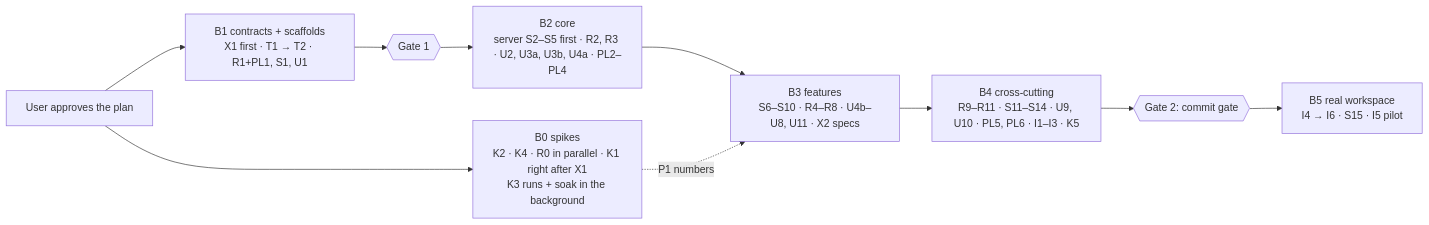
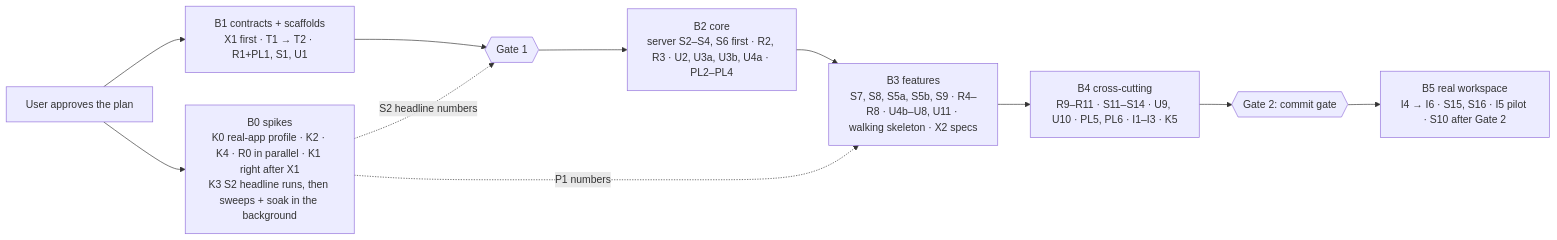
Before and after one commit to akhilshastri/session-replay: the second of 2 diagrams in plan/01-session-replay.md, drawn with Mermaid. The commit also changed other lines of this file and 11 other files, not shown here.

````diff
--- a/plan/01-session-replay.md
+++ b/plan/01-session-replay.md
@@ -433,12 +437,13 @@
 ```mermaid
 flowchart LR
-  A[User approves the plan] --> B0["B0 spikes<br/>K2 · K4 · R0 in parallel · K1 right after X1<br/>K3 runs + soak in the background"]
+  A[User approves the plan] --> B0["B0 spikes<br/>K0 real-app profile · K2 · K4 · R0 in parallel · K1 right after X1<br/>K3 S2 headline runs, then sweeps + soak in the background"]
   A --> B1["B1 contracts + scaffolds<br/>X1 first · T1 → T2 · R1+PL1, S1, U1"]
   B1 --> G1{{Gate 1}}
-  G1 --> B2["B2 core<br/>server S2–S5 first · R2, R3 · U2, U3a, U3b, U4a · PL2–PL4"]
-  B2 --> B3["B3 features<br/>S6–S10 · R4–R8 · U4b–U8, U11 · X2 specs"]
+  B0 -. S2 headline numbers .-> G1
+  G1 --> B2["B2 core<br/>server S2–S4, S6 first · R2, R3 · U2, U3a, U3b, U4a · PL2–PL4"]
+  B2 --> B3["B3 features<br/>S7, S8, S5a, S5b, S9 · R4–R8 · U4b–U8, U11 · walking skeleton · X2 specs"]
   B0 -. P1 numbers .-> B3
   B3 --> B4["B4 cross-cutting<br/>R9–R11 · S11–S14 · U9, U10 · PL5, PL6 · I1–I3 · K5"]
   B4 --> G2{{Gate 2: commit gate}}
-  G2 --> B5["B5 real workspace<br/>I4 → I6 · S15 · I5 pilot"]
+  G2 --> B5["B5 real workspace<br/>I4 → I6 · S15, S16 · I5 pilot · S10 after Gate 2"]
 ```
````
